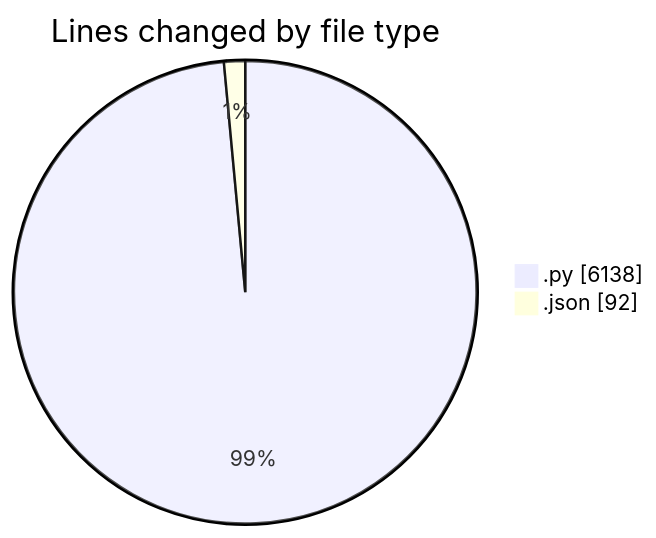
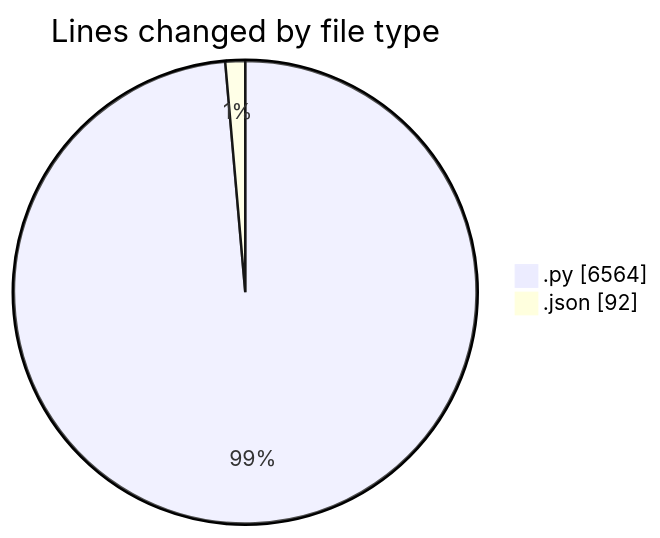
The first of 2 diagrams in 2025-07-13/telebot/README.md (jrari/code-tracking), drawn with Mermaid before and after one commit. The commit also changed other lines of this file and 1 other file, not shown here.

````diff
--- a/2025-07-13/telebot/README.md
+++ b/2025-07-13/telebot/README.md
@@ -29,6 +30,6 @@
 ```mermaid
 pie showData
 title Lines changed by file type
-".py" : 6138
+".py" : 6564
 ".json" : 92
 ```
````
